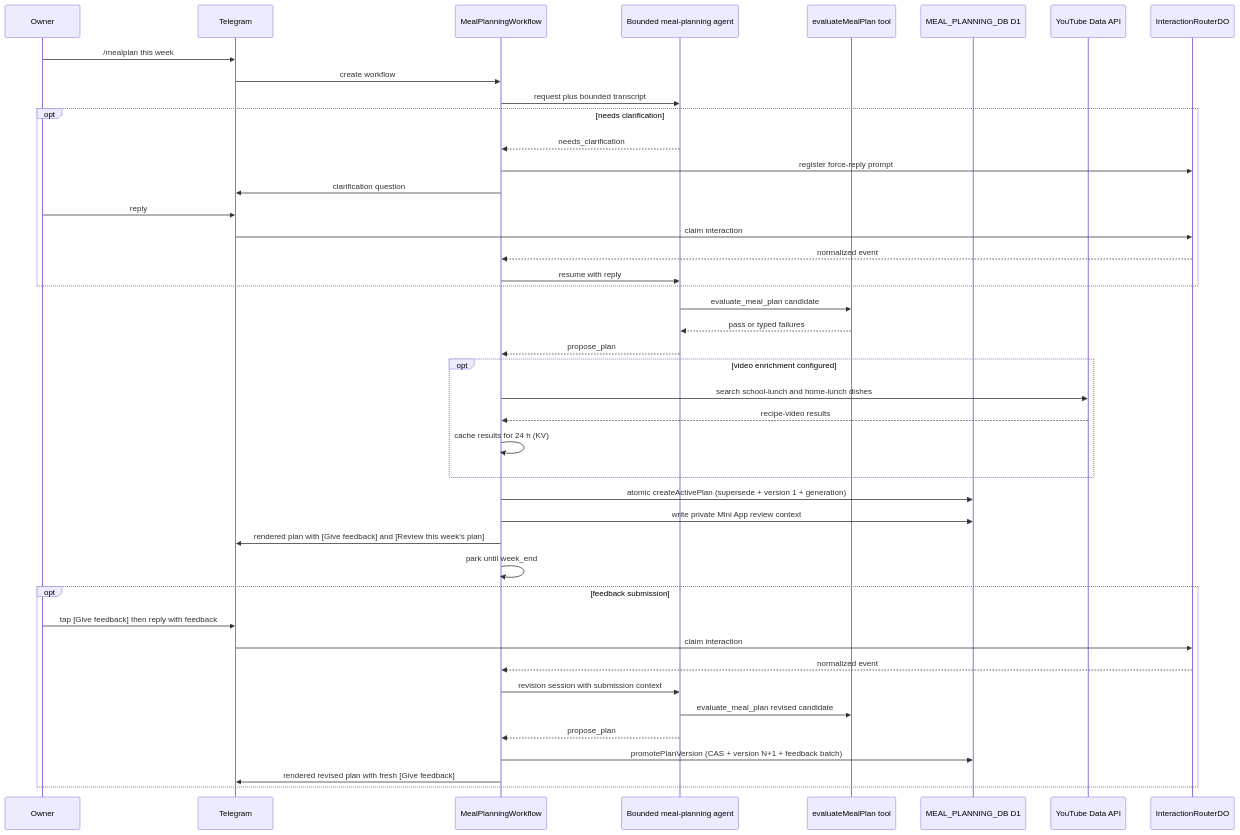
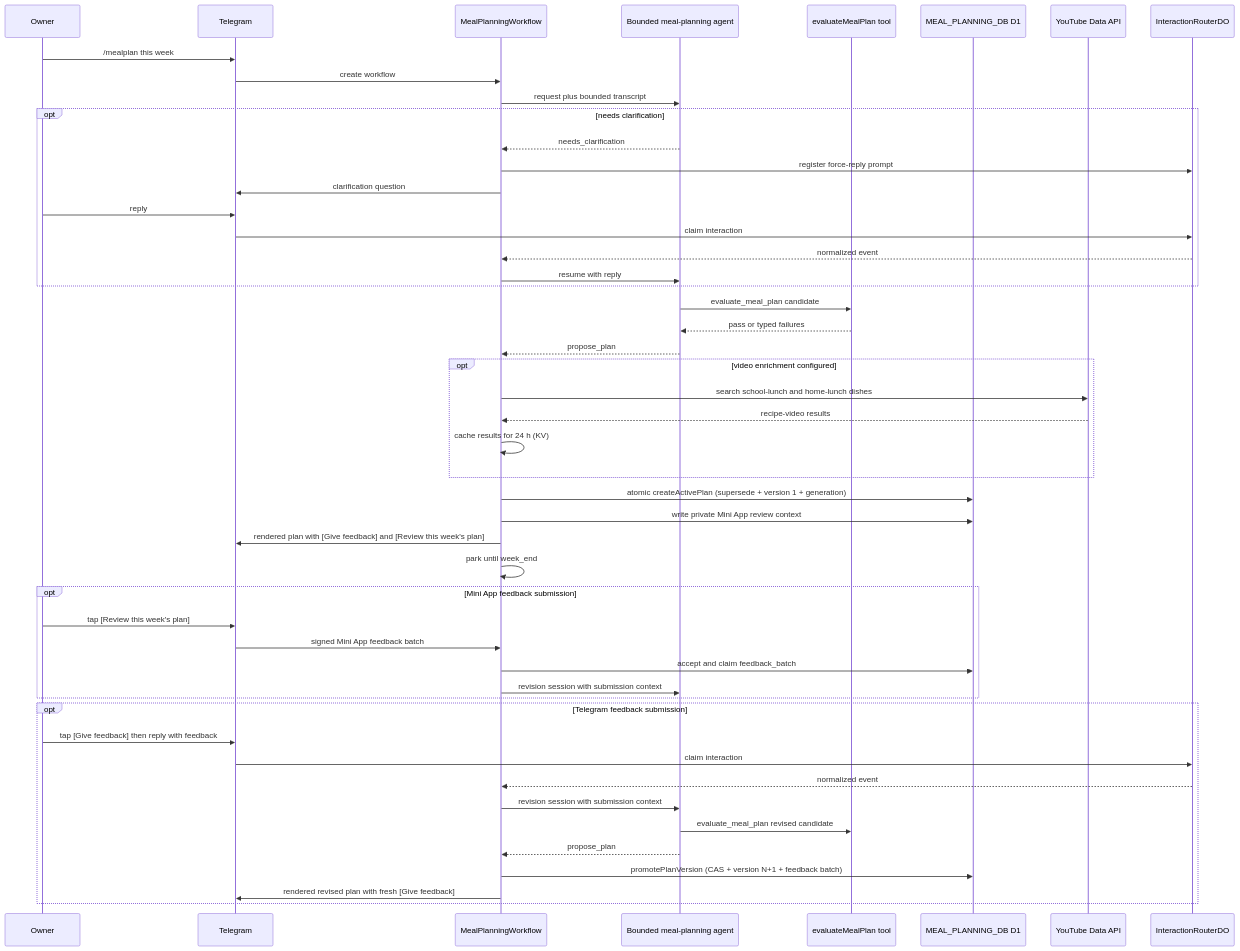
Before and after one commit to satwikhebbar/kipp: the fourth of 5 diagrams in docs/architecture/request-flows.md, drawn with Mermaid. The commit also changed other lines of this file and 16 other files, not shown here.

Commit message:
fix(meal-plan): simplify Mini App review state

````diff
--- a/docs/architecture/request-flows.md
+++ b/docs/architecture/request-flows.md
@@ -149,46 +150,52 @@
 ```mermaid
 sequenceDiagram
   participant U as Owner
   participant T as Telegram
   participant M as MealPlanningWorkflow
   participant A as Bounded meal-planning agent
   participant E as evaluateMealPlan tool
   participant D as MEAL_PLANNING_DB D1
   participant Y as YouTube Data API
   participant R as InteractionRouterDO
 
   U->>T: /mealplan this week
   T->>M: create workflow
   M->>A: request plus bounded transcript
   opt needs clarification
     A-->>M: needs_clarification
     M->>R: register force-reply prompt
     M->>T: clarification question
     U->>T: reply
     T->>R: claim interaction
     R-->>M: normalized event
     M->>A: resume with reply
   end
   A->>E: evaluate_meal_plan candidate
   E-->>A: pass or typed failures
   A-->>M: propose_plan
   opt video enrichment configured
     M->>Y: search school-lunch and home-lunch dishes
     Y-->>M: recipe-video results
     M->>M: cache results for 24 h (KV)
   end
   M->>D: atomic createActivePlan (supersede + version 1 + generation)
   M->>D: write private Mini App review context
   M->>T: rendered plan with [Give feedback] and [Review this week's plan]
   M->>M: park until week_end
-  opt feedback submission
+  opt Mini App feedback submission
+    U->>T: tap [Review this week's plan]
+    T->>M: signed Mini App feedback batch
+    M->>D: accept and claim feedback_batch
+    M->>A: revision session with submission context
+  end
+  opt Telegram feedback submission
     U->>T: tap [Give feedback] then reply with feedback
     T->>R: claim interaction
     R-->>M: normalized event
     M->>A: revision session with submission context
     A->>E: evaluate_meal_plan revised candidate
     A-->>M: propose_plan
     M->>D: promotePlanVersion (CAS + version N+1 + feedback batch)
     M->>T: rendered revised plan with fresh [Give feedback]
   end
 ```
````
